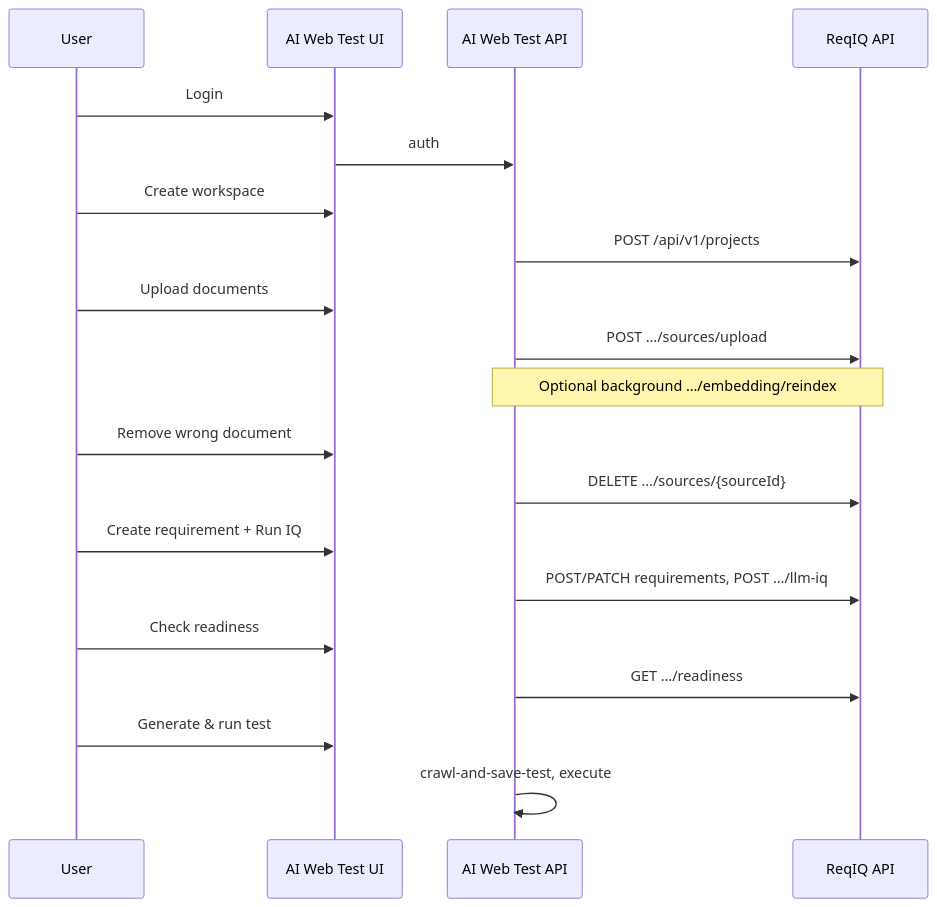
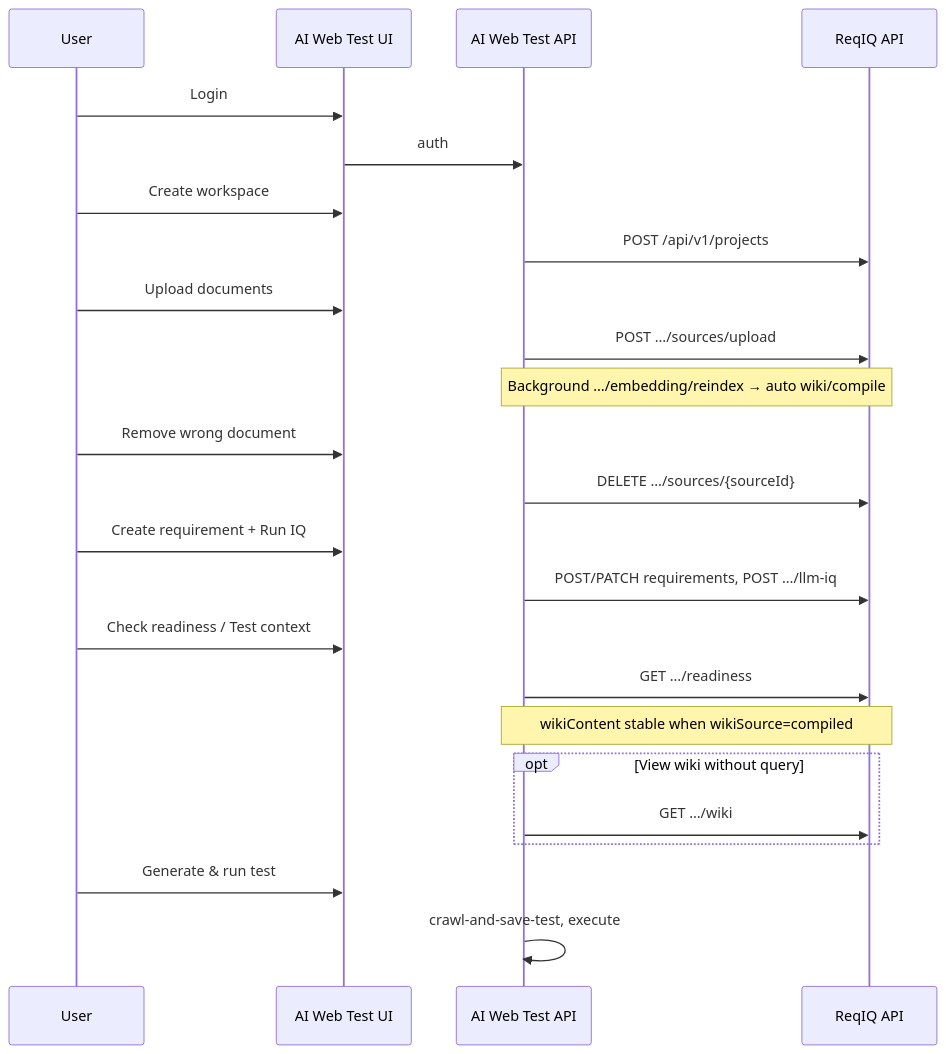
Before and after one commit to deencat/AI-Web-Test-v1: the diagram in docs/AI-Web-Test-Developer-Handoff.md, drawn with Mermaid. The commit also changed other lines of this file, not shown here.

Commit message:
docs: update AI-Web-Test-Developer-Handoff.md to v1.3 (wiki/Test context §5.6)

````diff
--- a/docs/AI-Web-Test-Developer-Handoff.md
+++ b/docs/AI-Web-Test-Developer-Handoff.md
@@ -238,23 +378,27 @@
 ```mermaid
 sequenceDiagram
   participant U as User
   participant UI as AI Web Test UI
   participant A as AI Web Test API
   participant R as ReqIQ API
 
   U->>UI: Login
   UI->>A: auth
   U->>UI: Create workspace
   A->>R: POST /api/v1/projects
   U->>UI: Upload documents
   A->>R: POST …/sources/upload
-  Note over A,R: Optional background …/embedding/reindex
+  Note over A,R: Background …/embedding/reindex → auto wiki/compile
   U->>UI: Remove wrong document
   A->>R: DELETE …/sources/{sourceId}
   U->>UI: Create requirement + Run IQ
   A->>R: POST/PATCH requirements, POST …/llm-iq
-  U->>UI: Check readiness
+  U->>UI: Check readiness / Test context
   A->>R: GET …/readiness
+  Note over A,R: wikiContent stable when wikiSource=compiled
+  opt View wiki without query
+    A->>R: GET …/wiki
+  end
   U->>UI: Generate & run test
   A->>A: crawl-and-save-test, execute
 ```
````
